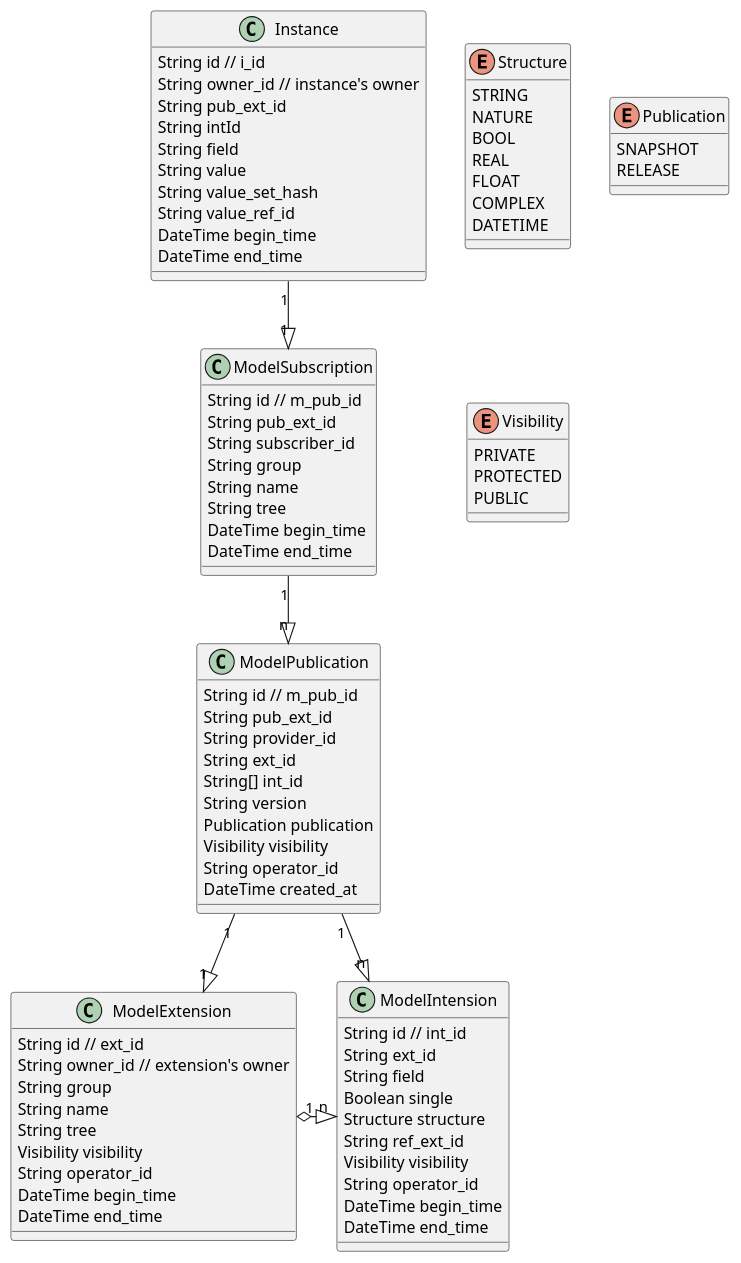
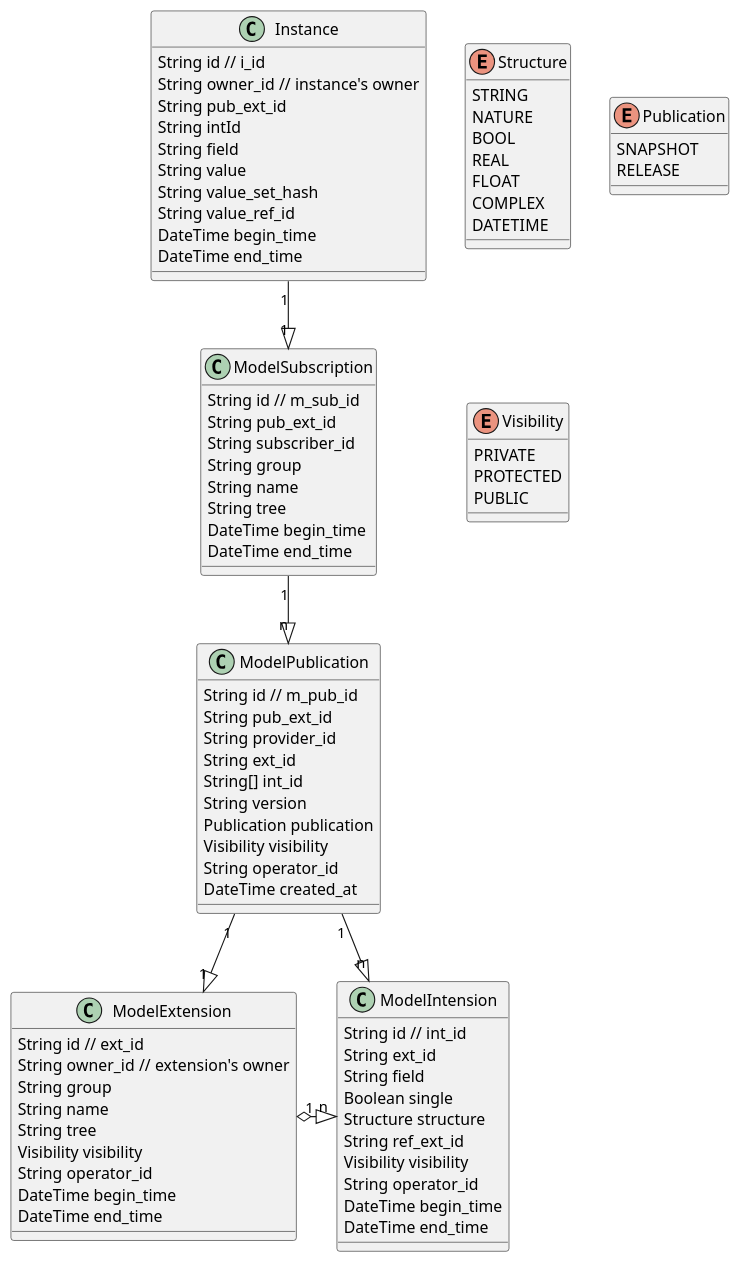
Before and after one commit to SINeWang/kiimate: the diagram in metamate.puml, drawn with PlantUML. The commit also changed 6 other files, not shown here.

```diff
--- a/metamate.puml
+++ b/metamate.puml
@@ -1,108 +1,108 @@
 @startuml
 
 
 ModelSubscription "1" --|>  "n" ModelPublication
 
 ModelPublication "1" --|>  "1" ModelExtension
 ModelPublication "1" --|>  "n" ModelIntension
 
 Instance "1" --|>  "1" ModelSubscription
 
 'Instance "1" --|>  "n" InstanceTag
 
 
 ModelExtension "1" o--right--|> "n" ModelIntension
 
 class ModelExtension {
     String id // ext_id
     String owner_id // extension's owner
     String group
     String name
     String tree
     Visibility visibility
     String operator_id
     DateTime begin_time
     DateTime end_time
 }
 
 class ModelIntension {
     String id // int_id
     String ext_id
     String field
     Boolean single
     Structure structure
     String ref_ext_id
     Visibility visibility
     String operator_id
     DateTime begin_time
     DateTime end_time
 }
 
 class ModelPublication {
     String id // m_pub_id
     String pub_ext_id
     String provider_id
     String ext_id
     String[] int_id
     String version
     Publication publication
     Visibility visibility
     String operator_id
     DateTime created_at
 }
 
 class ModelSubscription {
-    String id // m_pub_id
+    String id // m_sub_id
     String pub_ext_id
     String subscriber_id
     String group
     String name
     String tree
     DateTime begin_time
     DateTime end_time
 }
 
 enum Structure {
     STRING
     NATURE
     BOOL
     REAL
     FLOAT
     COMPLEX
     DATETIME
 }
 
 enum Publication {
     SNAPSHOT
     RELEASE
 }
 
 enum Visibility {
     PRIVATE
     PROTECTED
     PUBLIC
 }
 
 class Instance {
     String id // i_id
     String owner_id // instance's owner
     String pub_ext_id
     String intId
     String field
     String value
     String value_set_hash
     String value_ref_id
     DateTime begin_time
     DateTime end_time
 }
 
 'class InstanceTag {
 '    String id // i_tag_id
 '    String owner_id // instance's owner
 '    String[] i_id
 '    Publication publication
 '    DateTime created_at
 '    Visibility visibility
 '}
 
 @enduml
```
